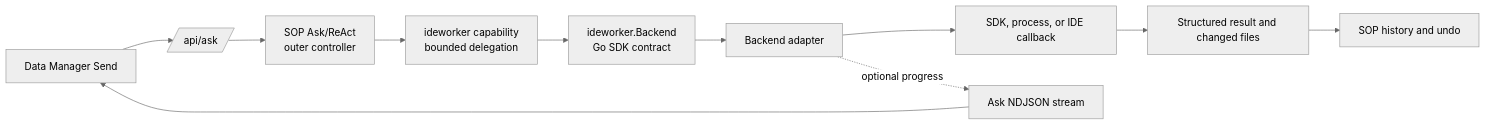
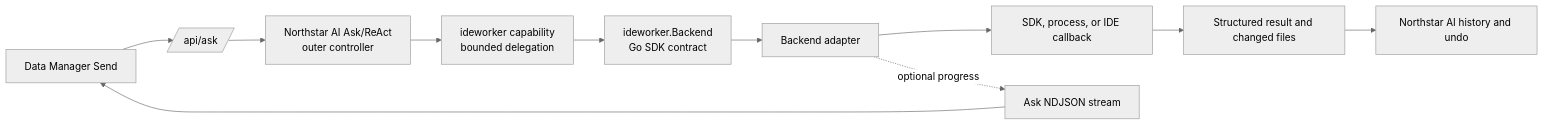
Before and after one commit to grecinto/sop: the first of 4 diagrams in src/docs-site/docs/sdk/coding-agent-integrations.md, drawn with Mermaid (neutral theme). The commit also changed other lines of this file and 50 other files, not shown here.

````diff
--- a/src/docs-site/docs/sdk/coding-agent-integrations.md
+++ b/src/docs-site/docs/sdk/coding-agent-integrations.md
@@ -29,13 +29,13 @@
 ```mermaid
 flowchart LR
   USER[Data Manager Send] --> API[/api/ask/]
-  API --> ASK[SOP Ask/ReAct<br/>outer controller]
+  API --> ASK[Northstar AI Ask/ReAct<br/>outer controller]
   ASK --> CAP[ideworker capability<br/>bounded delegation]
   CAP --> BACKEND[ideworker.Backend<br/>Go SDK contract]
   BACKEND --> ADAPTER[Backend adapter]
   ADAPTER --> AGENT[SDK, process, or IDE callback]
   AGENT --> RESULT[Structured result and changed files]
-  RESULT --> SOP[SOP history and undo]
+  RESULT --> NORTHSTAR[Northstar AI history and undo]
   ADAPTER -. "optional progress" .-> STREAM[Ask NDJSON stream]
   STREAM --> USER
 ```
````
